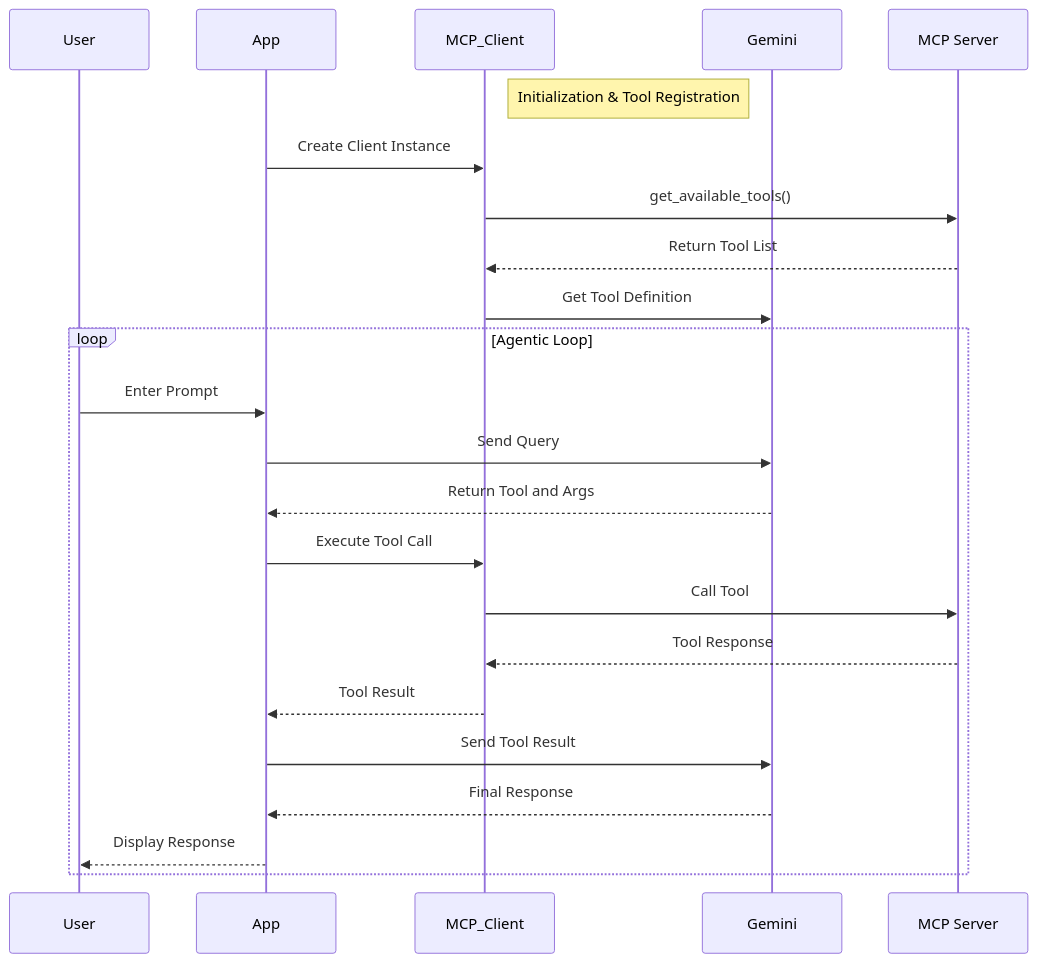
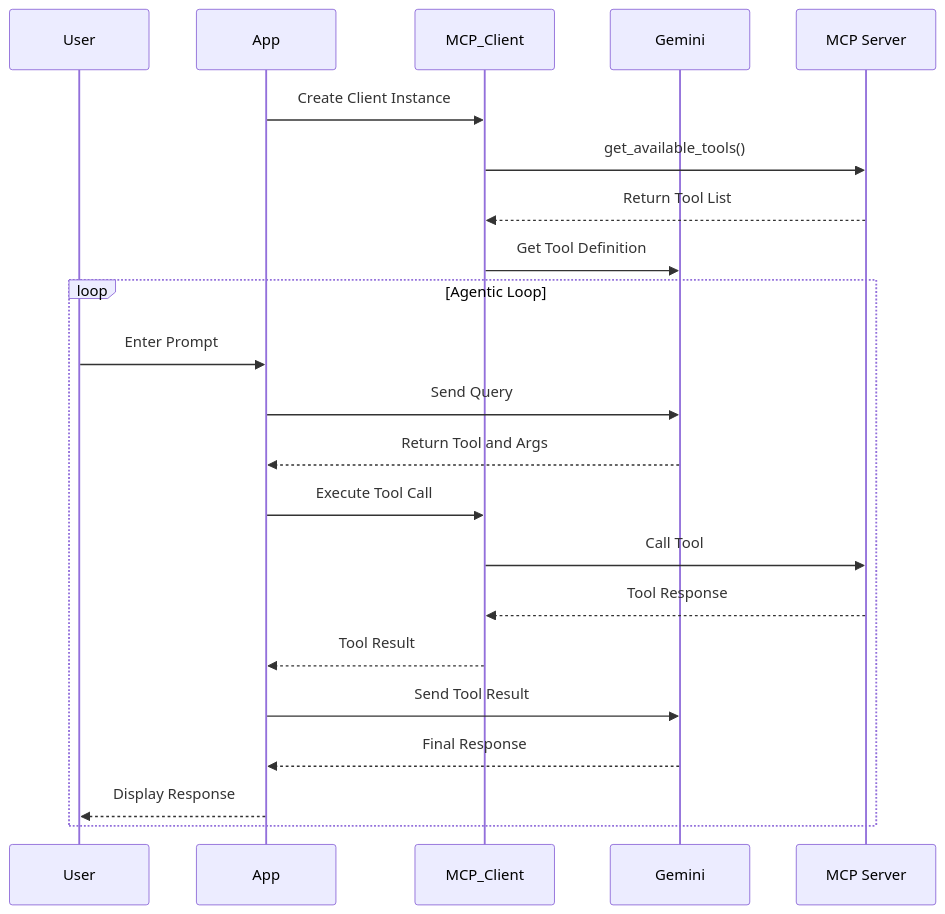
Before and after one commit to wadave/vertex_ai_mcp_samples: the first of 2 diagrams in README.md, drawn with Mermaid. The commit also changed 1 other file, not shown here.

````diff
--- a/README.md
+++ b/README.md
@@ -7,41 +7,40 @@
 ```mermaid
 %%{
   init: {
     'theme': 'default', 
     'themeVariables': {
         'fontSize':'18px',
         'fontFamily':'arial',
     }
   }
 }%%
 
 sequenceDiagram
     participant User
     participant App
     participant MCP_Client
     participant Gemini
     participant MCP Server
 
-    Note right of MCP_Client: Initialization & Tool Registration
     App->>MCP_Client: Create Client Instance
     MCP_Client->>MCP Server: get_available_tools()
     MCP Server-->>MCP_Client: Return Tool List
     MCP_Client->>Gemini: Get Tool Definition
     
     loop Agentic Loop
         User->>App: Enter Prompt
         App->>Gemini: Send Query
         
  
         Gemini-->>App: Return Tool and Args
         App->>MCP_Client: Execute Tool Call
         MCP_Client->>MCP Server: Call Tool
         MCP Server-->>MCP_Client: Tool Response
         MCP_Client-->>App: Tool Result
         App->>Gemini: Send Tool Result
         Gemini-->>App: Final Response
      
         
         App-->>User: Display Response
     end
 ```
````
